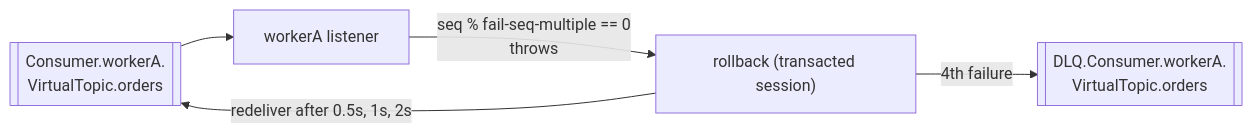
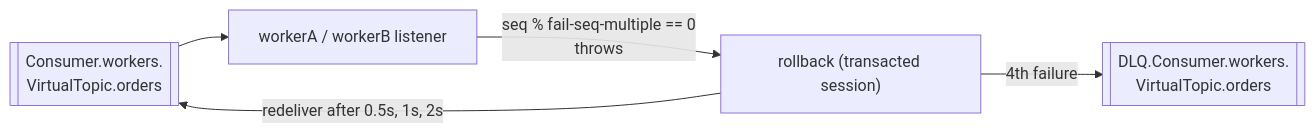
One commit to himnay/learning-activemq changed the fifth of 26 diagrams in README.md. Above: the diagram before and after it, drawn with Mermaid. The commit also changed other lines of this file and 5 other files, not shown here.

````diff
--- a/README.md
+++ b/README.md
@@ -286,7 +285,7 @@
 ```mermaid
 flowchart LR
-    q[["Consumer.workerA.<br/>VirtualTopic.orders"]] --> l[workerA listener]
+    q[["Consumer.workers.<br/>VirtualTopic.orders"]] --> l[workerA / workerB listener]
     l -->|"seq % fail-seq-multiple == 0<br/>throws"| rb["rollback (transacted session)"]
     rb -->|"redeliver after 0.5s, 1s, 2s"| q
-    rb -->|"4th failure"| dlq[["DLQ.Consumer.workerA.<br/>VirtualTopic.orders"]]
+    rb -->|"4th failure"| dlq[["DLQ.Consumer.workers.<br/>VirtualTopic.orders"]]
 ```
````
